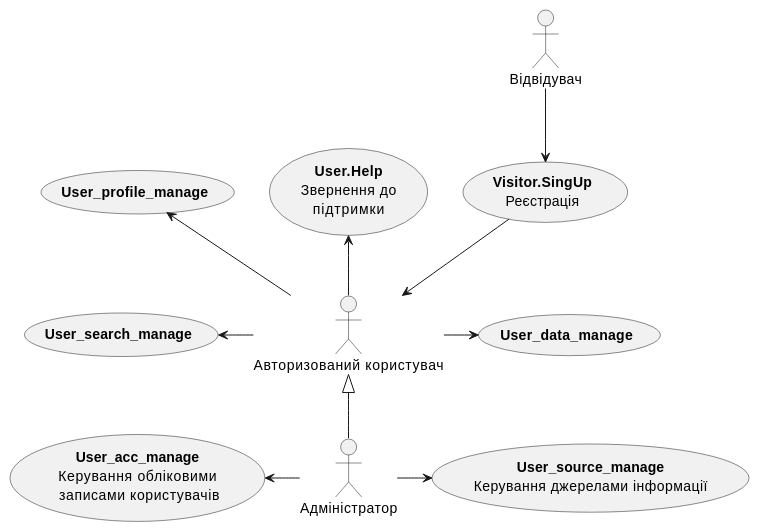
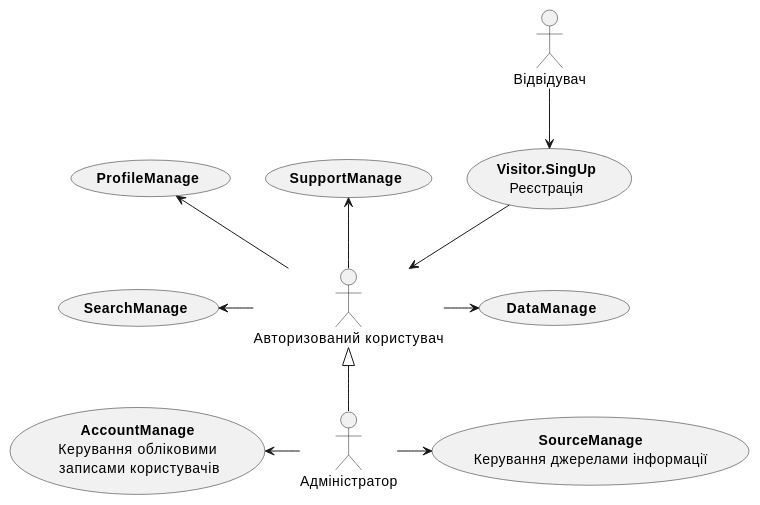
One commit to nonGratis/retarder-io-23-3-26 changed the first of 18 diagrams in docs/use cases/README.md. Above: the diagram before and after it, drawn with PlantUML. The commit also changed other lines of this file and 4 other files, not shown here.

```diff
--- a/docs/use cases/README.md
+++ b/docs/use cases/README.md
@@ -5,29 +5,29 @@
 @startuml
 
 actor "Відвідувач" as Visitor
 actor "Авторизований користувач" as User
 actor "Адміністратор" as Admin
 
 usecase "<b>Visitor.SingUp</b>\nРеєстрація" as Visitor.SingUp
 
-usecase "<b>User.Help</b>\nЗвернення до\nпідтримки" as User.Help
-usecase "<b>User_profile_manage</b>" as User_profile_manage
-usecase "<b>User_search_manage</b>" as User_search_manage
-usecase "<b>User_data_manage</b>" as User_data_manage
+usecase "<b>SupportManage</b>" as SupportManage
+usecase "<b>ProfileManage</b>" as ProfileManage
+usecase "<b>SearchManage</b>" as SearchManage
+usecase "<b>DataManage</b>" as DataManage
 
-usecase "<b>User_acc_manage</b>\nКерування обліковими\n записами користувачів" as ManageAccount 
-usecase "<b>User_source_manage</b>\nКерування джерелами інформації" as ManageSource
+usecase "<b>AccountManage</b>\nКерування обліковими\n записами користувачів" as ManageAccount
+usecase "<b>SourceManage</b>\nКерування джерелами інформації" as ManageSource
 
 Visitor -d-> Visitor.SingUp
 Visitor.SingUp -d-> User
 Admin -u-|> User
 
-User -u-> User.Help
-User -u-> User_profile_manage
-User -l-> User_search_manage
-User -r-> User_data_manage
+User -u-> SupportManage
+User -u-> ProfileManage
+User -l-> SearchManage
+User -r-> DataManage
 
 Admin -l-> ManageAccount
 Admin -r-> ManageSource
 
 @enduml
```
